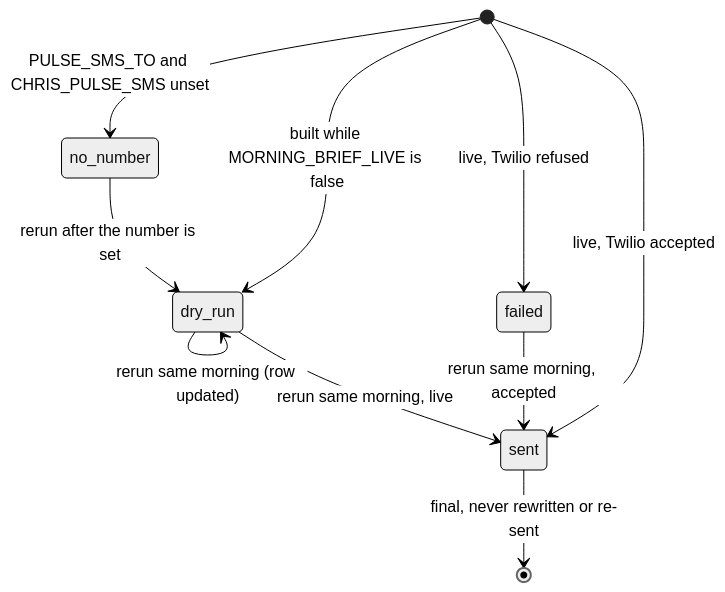
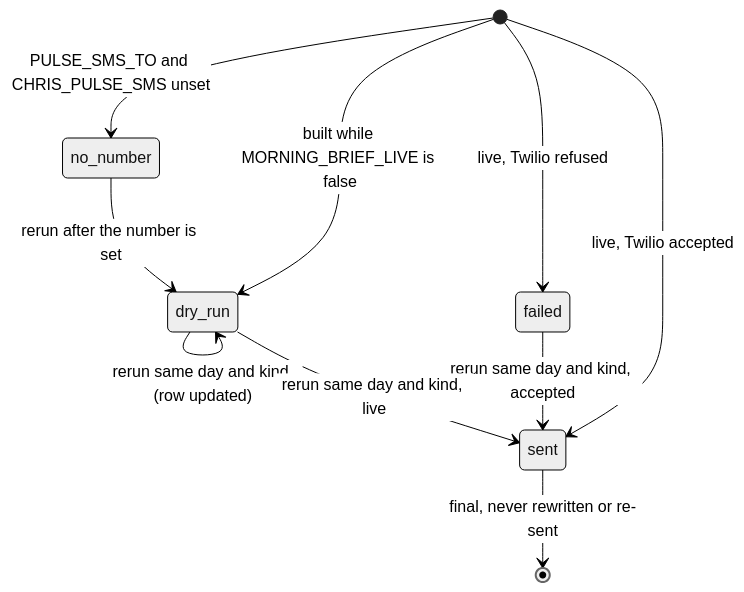
Before and after one commit to ZootimusMaximusSupreme/Fundhub_ai: the fourth of 4 diagrams in docs/journeys/morning-brief-flow.md, drawn with Mermaid (neutral theme). The commit also changed other lines of this file and 3 other files, not shown here.

First line of the commit message:
MB6: fill the brief's Suggestions slot from MB4's buildSuggestions (top 3 report, 1 in text, failure says none today); flow doc for morning + evening

````diff
--- a/docs/journeys/morning-brief-flow.md
+++ b/docs/journeys/morning-brief-flow.md
@@ -40,12 +79,12 @@
 ```mermaid
 stateDiagram-v2
     [*] --> dry_run: built while MORNING_BRIEF_LIVE is false
     [*] --> no_number: PULSE_SMS_TO and CHRIS_PULSE_SMS unset
     [*] --> sent: live, Twilio accepted
     [*] --> failed: live, Twilio refused
-    dry_run --> dry_run: rerun same morning (row updated)
+    dry_run --> dry_run: rerun same day and kind (row updated)
     no_number --> dry_run: rerun after the number is set
-    failed --> sent: rerun same morning, accepted
-    dry_run --> sent: rerun same morning, live
+    failed --> sent: rerun same day and kind, accepted
+    dry_run --> sent: rerun same day and kind, live
     sent --> [*]: final, never rewritten or re-sent
 ```
````
